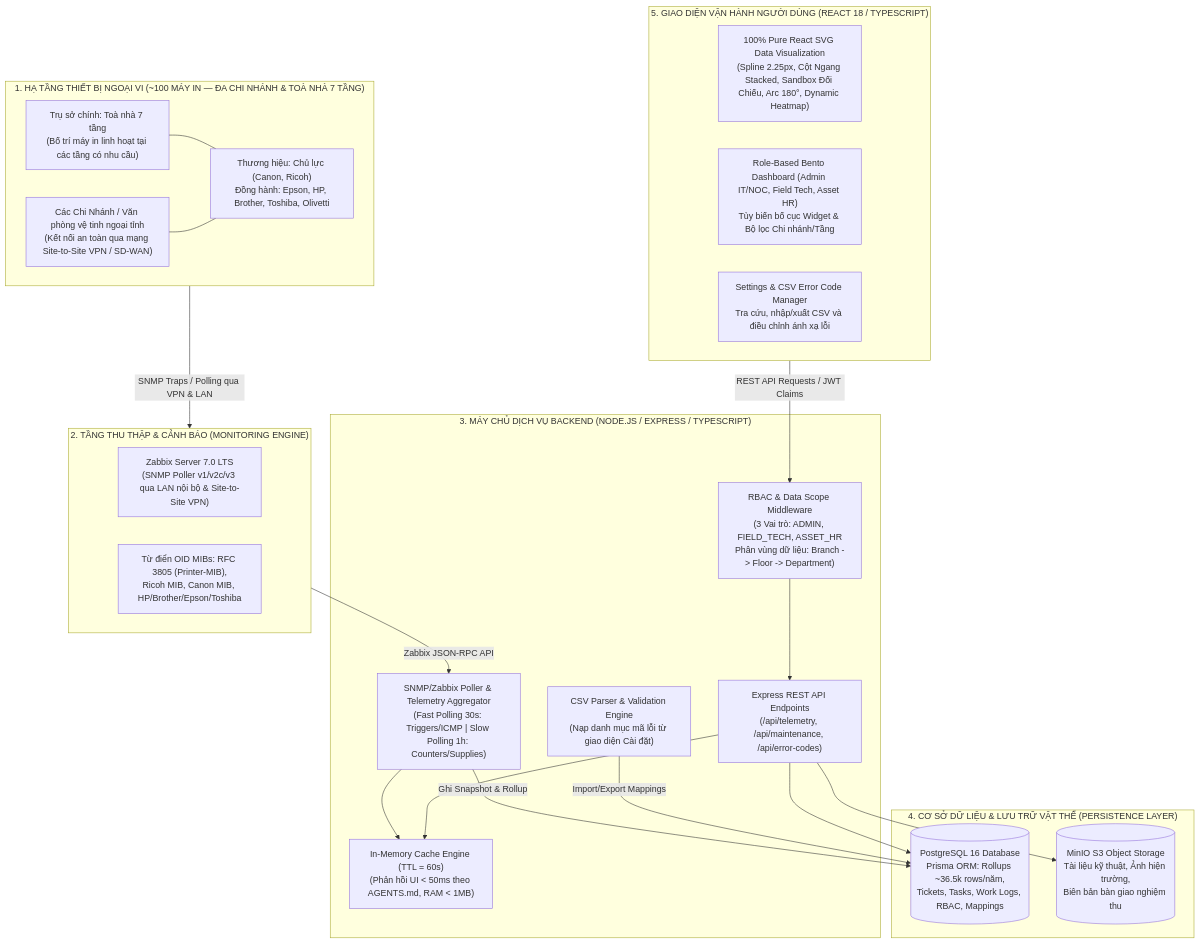
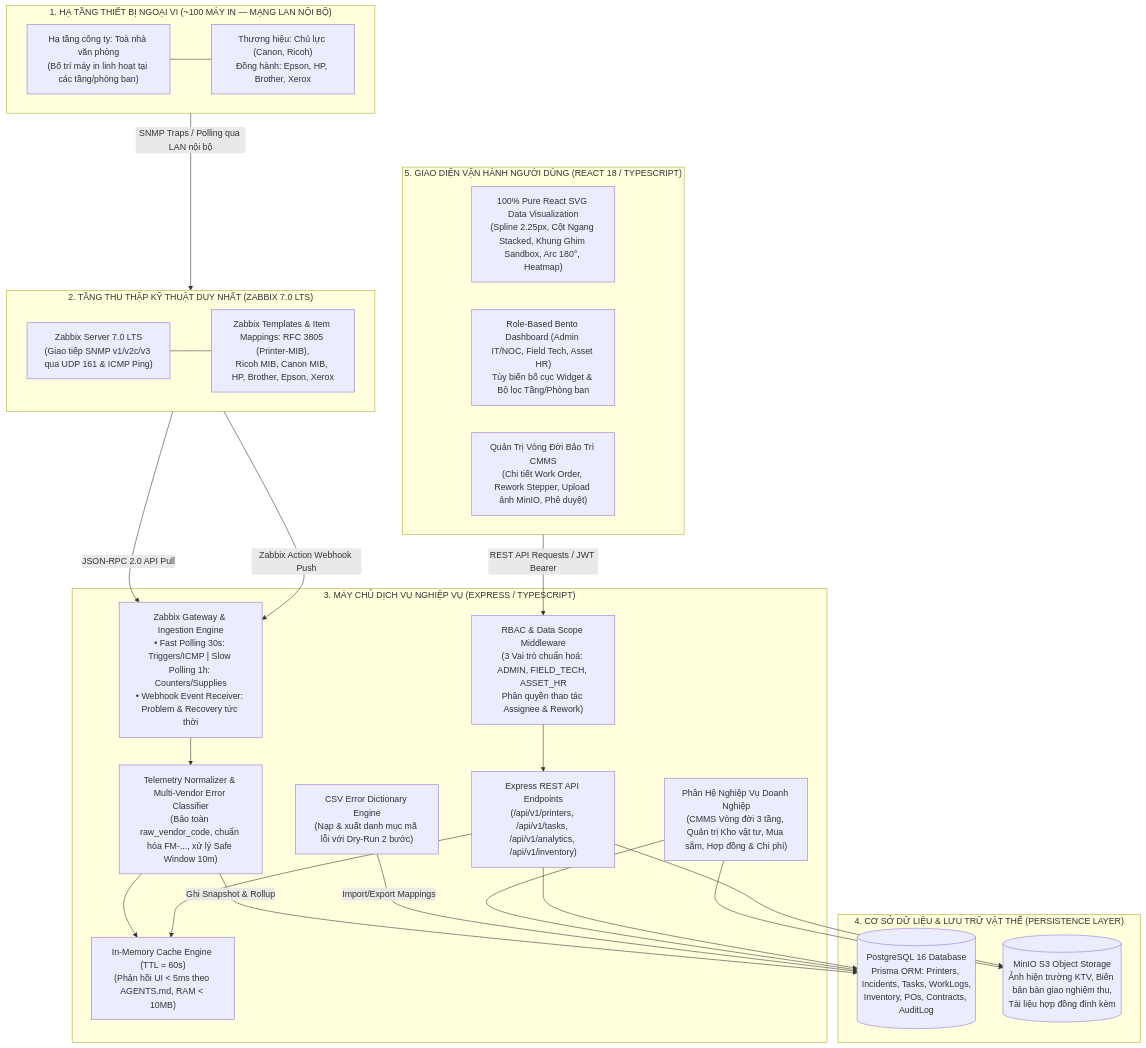
The first of 2 diagrams in docs/Design/architecture.md (kai2202/monitoring), drawn with Mermaid before and after one commit. The commit also changed other lines of this file and 104 other files, not shown here.

````diff
--- a/docs/Design/architecture.md
+++ b/docs/Design/architecture.md
@@ -14,45 +14,50 @@
 ```mermaid
 flowchart TD
-    subgraph FleetLayer ["1. HẠ TẦNG THIẾT BỊ NGOẠI VI (~100 MÁY IN — ĐA CHI NHÁNH & TOÀ NHÀ 7 TẦNG)"]
-        HQ["Trụ sở chính: Toà nhà 7 tầng\n(Bố trí máy in linh hoạt tại các tầng có nhu cầu)"]
-        Branches["Các Chi Nhánh / Văn phòng vệ tinh ngoại tỉnh\n(Kết nối an toàn qua mạng Site-to-Site VPN / SD-WAN)"]
-        Brands["Thương hiệu: Chủ lực (Canon, Ricoh)\nĐồng hành: Epson, HP, Brother, Toshiba, Olivetti"]
+    subgraph FleetLayer ["1. HẠ TẦNG THIẾT BỊ NGOẠI VI (~100 MÁY IN — MẠNG LAN NỘI BỘ)"]
+        HQ["Hạ tầng công ty: Toà nhà văn phòng\n(Bố trí máy in linh hoạt tại các tầng/phòng ban)"]
+        Brands["Thương hiệu: Chủ lực (Canon, Ricoh)\nĐồng hành: Epson, HP, Brother, Xerox"]
         HQ --- Brands
-        Branches --- Brands
     end
 
-    subgraph MonitoringLayer ["2. TẦNG THU THẬP & CẢNH BÁO (MONITORING ENGINE)"]
-        Zabbix["Zabbix Server 7.0 LTS\n(SNMP Poller v1/v2c/v3 qua LAN nội bộ & Site-to-Site VPN)"]
-        MIBs["Từ điển OID MIBs: RFC 3805 (Printer-MIB),\nRicoh MIB, Canon MIB, HP/Brother/Epson/Toshiba"]
+    subgraph MonitoringLayer ["2. TẦNG THU THẬP KỸ THUẬT DUY NHẤT (ZABBIX 7.0 LTS)"]
+        Zabbix["Zabbix Server 7.0 LTS\n(Giao tiếp SNMP v1/v2c/v3 qua UDP 161 & ICMP Ping)"]
+        MIBs["Zabbix Templates & Item Mappings: RFC 3805 (Printer-MIB),\nRicoh MIB, Canon MIB, HP, Brother, Epson, Xerox"]
+        Zabbix --- MIBs
     end
 
-    subgraph BackendLayer ["3. MÁY CHỦ DỊCH VỤ BACKEND (NODE.JS / EXPRESS / TYPESCRIPT)"]
-        Poller["SNMP/Zabbix Poller & Telemetry Aggregator\n(Fast Polling 30s: Triggers/ICMP | Slow Polling 1h: Counters/Supplies)"]
-        Cache["In-Memory Cache Engine (TTL = 60s)\n(Phản hồi UI < 50ms theo AGENTS.md, RAM < 1MB)"]
-        AuthMiddleware["RBAC & Data Scope Middleware\n(3 Vai trò: ADMIN, FIELD_TECH, ASSET_HR\nPhân vùng dữ liệu: Branch -> Floor -> Department)"]
-        APIGateway["Express REST API Endpoints\n(/api/telemetry, /api/maintenance, /api/error-codes)"]
-        CSVEngine["CSV Parser & Validation Engine\n(Nạp danh mục mã lỗi từ giao diện Cài đặt)"]
+    subgraph BackendLayer ["3. MÁY CHỦ DỊCH VỤ NGHIỆP VỤ (EXPRESS / TYPESCRIPT)"]
+        ZabbixGateway["Zabbix Gateway & Ingestion Engine\n• Fast Polling 30s: Triggers/ICMP | Slow Polling 1h: Counters/Supplies\n• Webhook Event Receiver: Problem & Recovery tức thời"]
+        Normalizer["Telemetry Normalizer & Multi-Vendor Error Classifier\n(Bảo toàn raw_vendor_code, chuẩn hóa FM-..., xử lý Safe Window 10m)"]
+        Cache["In-Memory Cache Engine (TTL = 60s)\n(Phản hồi UI < 5ms theo AGENTS.md, RAM < 10MB)"]
+        AuthMiddleware["RBAC & Data Scope Middleware\n(3 Vai trò chuẩn hoá: ADMIN, FIELD_TECH, ASSET_HR\nPhân quyền thao tác Assignee & Rework)"]
+        APIGateway["Express REST API Endpoints\n(/api/v1/printers, /api/v1/tasks, /api/v1/analytics, /api/v1/inventory)"]
+        CSVEngine["CSV Error Dictionary Engine\n(Nạp & xuất danh mục mã lỗi với Dry-Run 2 bước)"]
+        BusinessModules["Phân Hệ Nghiệp Vụ Doanh Nghiệp\n(CMMS Vòng đời 3 tầng, Quản trị Kho vật tư, Mua sắm, Hợp đồng & Chi phí)"]
     end
 
     subgraph StorageLayer ["4. CƠ SỞ DỮ LIỆU & LƯU TRỮ VẬT THỂ (PERSISTENCE LAYER)"]
-        Postgres[(PostgreSQL 16 Database\nPrisma ORM: Rollups ~36.5k rows/năm,\nTickets, Tasks, Work Logs, RBAC, Mappings)]
-        MinIO[(MinIO S3 Object Storage\nTài liệu kỹ thuật, Ảnh hiện trường,\nBiên bản bàn giao nghiệm thu)]
+        Postgres[(PostgreSQL 16 Database\nPrisma ORM: Printers, Incidents, Tasks, WorkLogs,\nInventory, POs, Contracts, AuditLog)]
+        MinIO[(MinIO S3 Object Storage\nẢnh hiện trường KTV, Biên bản bàn giao nghiệm thu,\nTài liệu hợp đồng đính kèm)]
     end
 
     subgraph FrontendLayer ["5. GIAO DIỆN VẬN HÀNH NGƯỜI DÙNG (REACT 18 / TYPESCRIPT)"]
-        PureSVG["100% Pure React SVG Data Visualization\n(Spline 2.25px, Cột Ngang Stacked, Sandbox Đối Chiếu, Arc 180°, Dynamic Heatmap)"]
-        Dashboards["Role-Based Bento Dashboard (Admin IT/NOC, Field Tech, Asset HR)\nTùy biến bố cục Widget & Bộ lọc Chi nhánh/Tầng"]
-        SettingsUI["Settings & CSV Error Code Manager\nTra cứu, nhập/xuất CSV và điều chỉnh ánh xạ lỗi"]
+        PureSVG["100% Pure React SVG Data Visualization\n(Spline 2.25px, Cột Ngang Stacked, Khung Ghim Sandbox, Arc 180°, Heatmap)"]
+        Dashboards["Role-Based Bento Dashboard (Admin IT/NOC, Field Tech, Asset HR)\nTùy biến bố cục Widget & Bộ lọc Tầng/Phòng ban"]
+        CMMSUI["Quản Trị Vòng Đời Bảo Trì CMMS\n(Chi tiết Work Order, Rework Stepper, Upload ảnh MinIO, Phê duyệt)"]
     end
 
-    FleetLayer -->|SNMP Traps / Polling qua VPN & LAN| MonitoringLayer
-    MonitoringLayer -->|Zabbix JSON-RPC API| Poller
-    Poller --> Cache
-    Poller -->|Ghi Snapshot & Rollup| Postgres
+    FleetLayer -->|SNMP Traps / Polling qua LAN nội bộ| MonitoringLayer
+    MonitoringLayer -->|JSON-RPC 2.0 API Pull| ZabbixGateway
+    MonitoringLayer -->|Zabbix Action Webhook Push| ZabbixGateway
+    ZabbixGateway --> Normalizer
+    Normalizer --> Cache
+    Normalizer -->|Ghi Snapshot & Rollup| Postgres
     CSVEngine -->|Import/Export Mappings| Postgres
+    BusinessModules --> Postgres
+    BusinessModules --> MinIO
     APIGateway --> Cache
     APIGateway --> Postgres
     APIGateway --> MinIO
-    FrontendLayer -->|REST API Requests / JWT Claims| AuthMiddleware
+    FrontendLayer -->|REST API Requests / JWT Bearer| AuthMiddleware
     AuthMiddleware --> APIGateway
 ```
````
